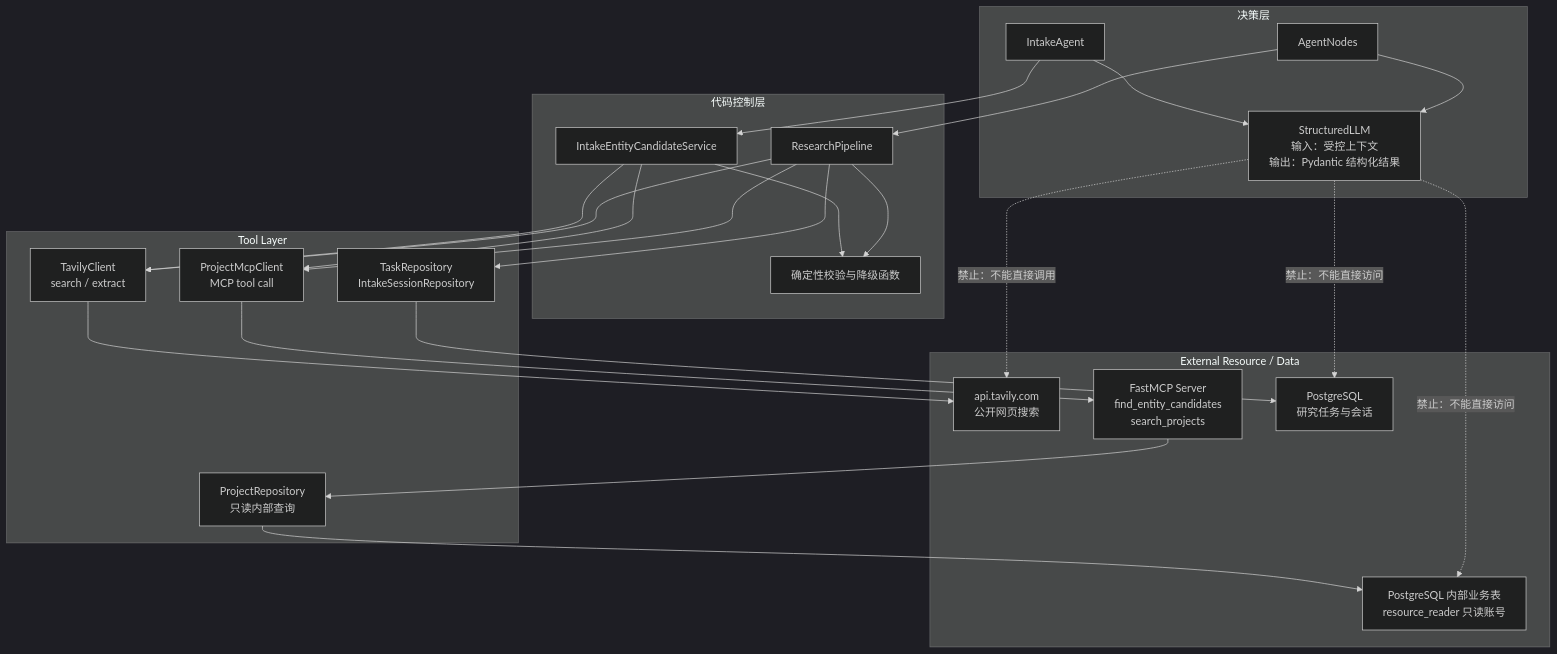
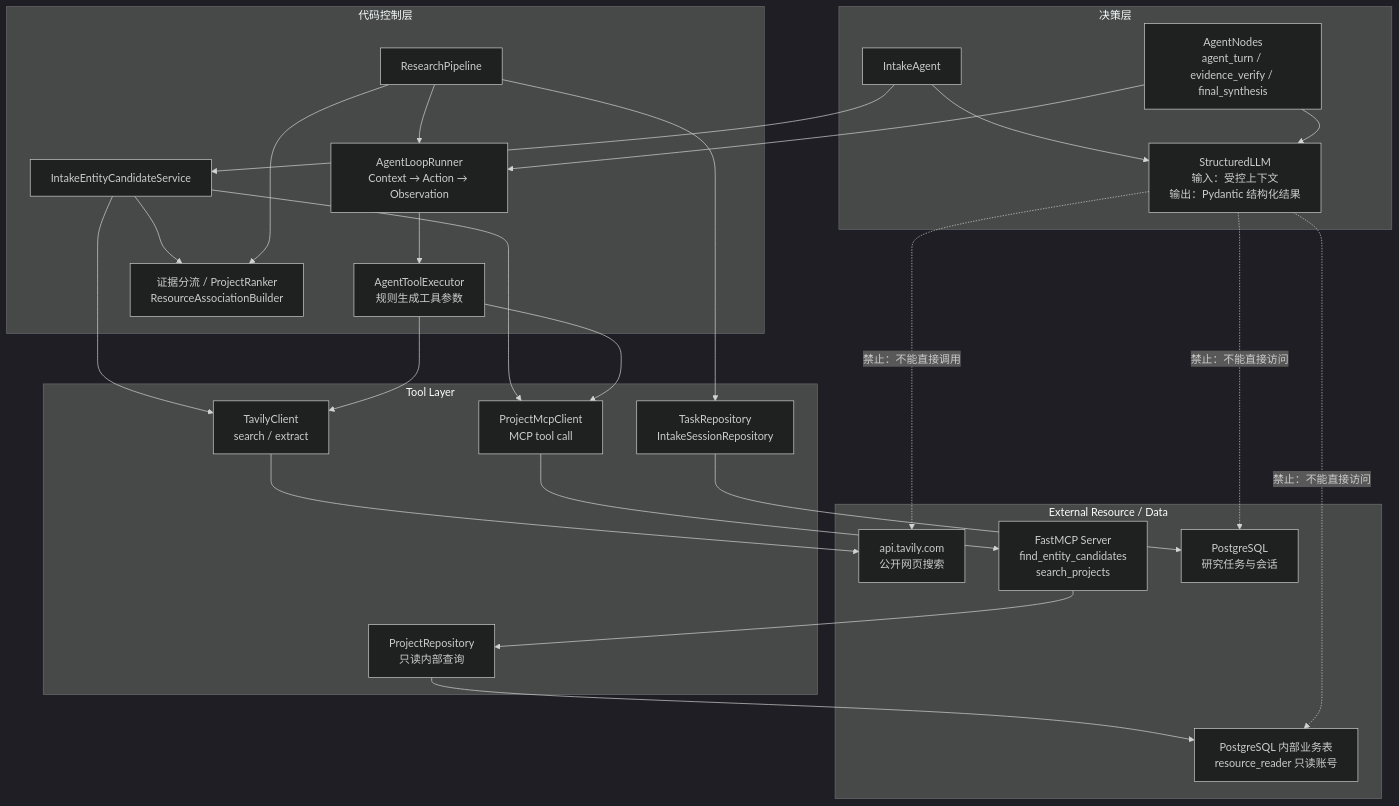
Before and after one commit to 41423577arc-lab/RA: the sixth of 8 diagrams in README.md, drawn with Mermaid (dark theme). The commit also changed other lines of this file and 2 other files, not shown here.

First line of the commit message:
修复：保持 ResearchPipeline 构造兼容并更新 Agent Loop 文档

````diff
--- a/README.md
+++ b/README.md
@@ -464,48 +485,51 @@
 ```mermaid
 flowchart TB
     subgraph Decision["决策层"]
         IntakeAgent["IntakeAgent"]
-        AgentNodes["AgentNodes"]
+        AgentNodes["AgentNodes<br/>agent_turn / evidence_verify / final_synthesis"]
         LLM["StructuredLLM<br/>输入：受控上下文<br/>输出：Pydantic 结构化结果"]
         IntakeAgent --> LLM
         AgentNodes --> LLM
     end
 
     subgraph Control["代码控制层"]
         IntakeCandidates["IntakeEntityCandidateService"]
         Pipeline["ResearchPipeline"]
-        Validation["确定性校验与降级函数"]
+        AgentLoop["AgentLoopRunner<br/>Context → Action → Observation"]
+        ToolExecutor["AgentToolExecutor<br/>规则生成工具参数"]
+        Validation["证据分流 / ProjectRanker<br/>ResourceAssociationBuilder"]
         IntakeCandidates --> Validation
+        Pipeline --> AgentLoop --> ToolExecutor
         Pipeline --> Validation
     end
 
     subgraph Tools["Tool Layer"]
         TavilyClient["TavilyClient<br/>search / extract"]
         MCPClient["ProjectMcpClient<br/>MCP tool call"]
         Repositories["TaskRepository<br/>IntakeSessionRepository"]
         ProjectRepository["ProjectRepository<br/>只读内部查询"]
     end
 
     subgraph Resources["External Resource / Data"]
         TavilyAPI["api.tavily.com<br/>公开网页搜索"]
         MCPServer["FastMCP Server<br/>find_entity_candidates<br/>search_projects"]
         AppDB["PostgreSQL<br/>研究任务与会话"]
         EnterpriseDB["PostgreSQL 内部业务表<br/>resource_reader 只读账号"]
     end
 
     IntakeAgent --> IntakeCandidates
-    AgentNodes --> Pipeline
+    AgentNodes --> AgentLoop
     IntakeCandidates --> TavilyClient
     IntakeCandidates --> MCPClient
-    Pipeline --> TavilyClient
-    Pipeline --> MCPClient
+    ToolExecutor --> TavilyClient
+    ToolExecutor --> MCPClient
     Pipeline --> Repositories
 
     TavilyClient --> TavilyAPI
     MCPClient --> MCPServer --> ProjectRepository --> EnterpriseDB
     Repositories --> AppDB
 
     LLM -.->|"禁止：不能直接访问"| AppDB
     LLM -.->|"禁止：不能直接访问"| EnterpriseDB
     LLM -.->|"禁止：不能直接调用"| TavilyAPI
 ```
````
